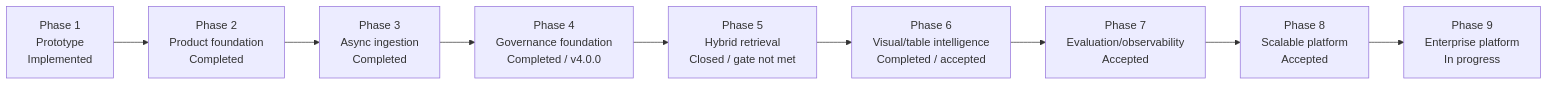
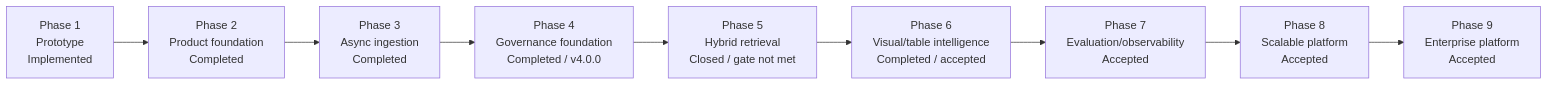
One commit to mvyas412/ai-projects changed the second of 11 diagrams in mm-rag-full-stack-genai-bootcamp-3.0/docs/architecture/ARCHITECTURE.md. Above: the diagram before and after it, drawn with Mermaid. The commit also changed other lines of this file and 13 other files, not shown here.

First line of the commit message:
feat(mm-rag): accept Phase 9 enterprise connector proof (#17)

````diff
--- a/mm-rag-full-stack-genai-bootcamp-3.0/docs/architecture/ARCHITECTURE.md
+++ b/mm-rag-full-stack-genai-bootcamp-3.0/docs/architecture/ARCHITECTURE.md
@@ -186,12 +186,12 @@
 ```mermaid
 flowchart LR
     p1["Phase 1<br/>Prototype<br/>Implemented"] -->
     p2["Phase 2<br/>Product foundation<br/>Completed"] -->
     p3["Phase 3<br/>Async ingestion<br/>Completed"] -->
     p4["Phase 4<br/>Governance foundation<br/>Completed / v4.0.0"] -->
     p5["Phase 5<br/>Hybrid retrieval<br/>Closed / gate not met"] -->
     p6["Phase 6<br/>Visual/table intelligence<br/>Completed / accepted"] -->
     p7["Phase 7<br/>Evaluation/observability<br/>Accepted"] -->
     p8["Phase 8<br/>Scalable platform<br/>Accepted"] -->
-    p9["Phase 9<br/>Enterprise platform<br/>In progress"]
+    p9["Phase 9<br/>Enterprise platform<br/>Accepted"]
 ```
````
